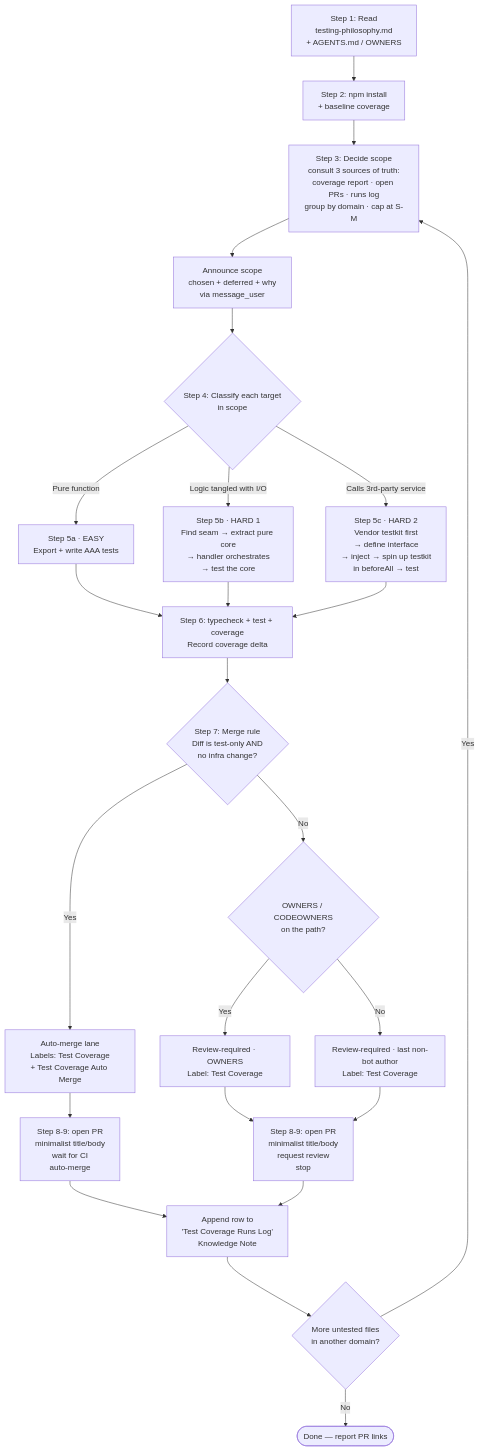
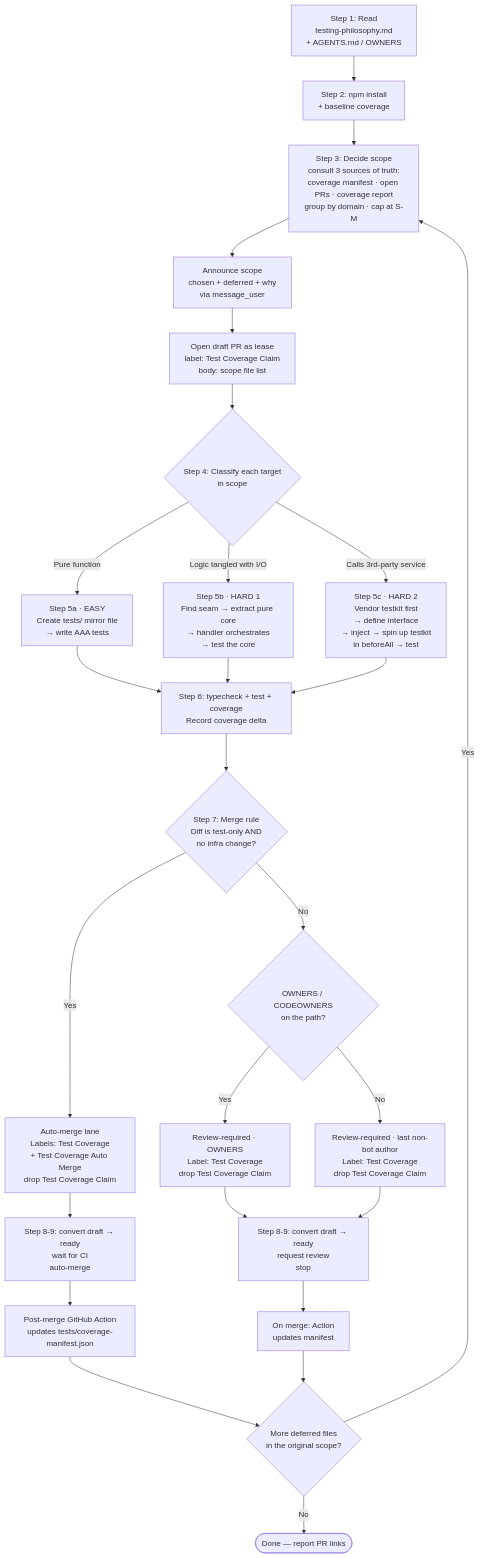
One commit to bnbarak/cognition changed the diagram in .agents/playbooks/test-coverage.md. Above: the diagram before and after it, drawn with Mermaid. The commit also changed other lines of this file and 9 other files, not shown here.

````diff
--- a/.agents/playbooks/test-coverage.md
+++ b/.agents/playbooks/test-coverage.md
@@ -27,33 +27,35 @@
 ```mermaid
 flowchart TD
     A[Step 1: Read<br/>testing-philosophy.md<br/>+ AGENTS.md / OWNERS] --> B[Step 2: npm install<br/>+ baseline coverage]
-    B --> S[Step 3: Decide scope<br/>consult 3 sources of truth:<br/>coverage report · open PRs · runs log<br/>group by domain · cap at S-M]
+    B --> S[Step 3: Decide scope<br/>consult 3 sources of truth:<br/>coverage manifest · open PRs · coverage report<br/>group by domain · cap at S-M]
     S --> SA[Announce scope<br/>chosen + deferred + why<br/>via message_user]
-    SA --> C{Step 4: Classify each target<br/>in scope}
+    SA --> LEASE[Open draft PR as lease<br/>label: Test Coverage Claim<br/>body: scope file list]
+    LEASE --> C{Step 4: Classify each target<br/>in scope}
 
-    C -->|Pure function| E[Step 5a · EASY<br/>Export + write AAA tests]
+    C -->|Pure function| E[Step 5a · EASY<br/>Create tests/ mirror file<br/>→ write AAA tests]
     C -->|Logic tangled with I/O| H1[Step 5b · HARD 1<br/>Find seam → extract pure core<br/>→ handler orchestrates<br/>→ test the core]
     C -->|Calls 3rd-party service| H2[Step 5c · HARD 2<br/>Vendor testkit first<br/>→ define interface<br/>→ inject → spin up testkit<br/>in beforeAll → test]
 
     E --> R[Step 6: typecheck + test + coverage<br/>Record coverage delta]
     H1 --> R
     H2 --> R
 
     R --> M{Step 7: Merge rule<br/>Diff is test-only AND<br/>no infra change?}
 
-    M -->|Yes| AM[Auto-merge lane<br/>Labels: Test Coverage<br/>+ Test Coverage Auto Merge]
+    M -->|Yes| AM[Auto-merge lane<br/>Labels: Test Coverage<br/>+ Test Coverage Auto Merge<br/>drop Test Coverage Claim]
     M -->|No| RR{OWNERS / CODEOWNERS<br/>on the path?}
 
-    RR -->|Yes| RR1[Review-required · OWNERS<br/>Label: Test Coverage]
-    RR -->|No| RR2[Review-required · last non-bot author<br/>Label: Test Coverage]
+    RR -->|Yes| RR1[Review-required · OWNERS<br/>Label: Test Coverage<br/>drop Test Coverage Claim]
+    RR -->|No| RR2[Review-required · last non-bot author<br/>Label: Test Coverage<br/>drop Test Coverage Claim]
 
-    AM --> PR[Step 8-9: open PR<br/>minimalist title/body<br/>wait for CI<br/>auto-merge]
-    RR1 --> PRR[Step 8-9: open PR<br/>minimalist title/body<br/>request review<br/>stop]
+    AM --> PR[Step 8-9: convert draft → ready<br/>wait for CI<br/>auto-merge]
+    RR1 --> PRR[Step 8-9: convert draft → ready<br/>request review<br/>stop]
     RR2 --> PRR
 
-    PR --> Log[Append row to<br/>'Test Coverage Runs Log'<br/>Knowledge Note]
-    PRR --> Log
-    Log --> Next{More untested files<br/>in another domain?}
+    PR --> Log[Post-merge GitHub Action<br/>updates tests/coverage-manifest.json]
+    PRR --> LogM[On merge: Action<br/>updates manifest]
+    Log --> Next{More deferred files<br/>in the original scope?}
+    LogM --> Next
     Next -->|Yes| S
     Next -->|No| Done([Done — report PR links])
 ```
````
